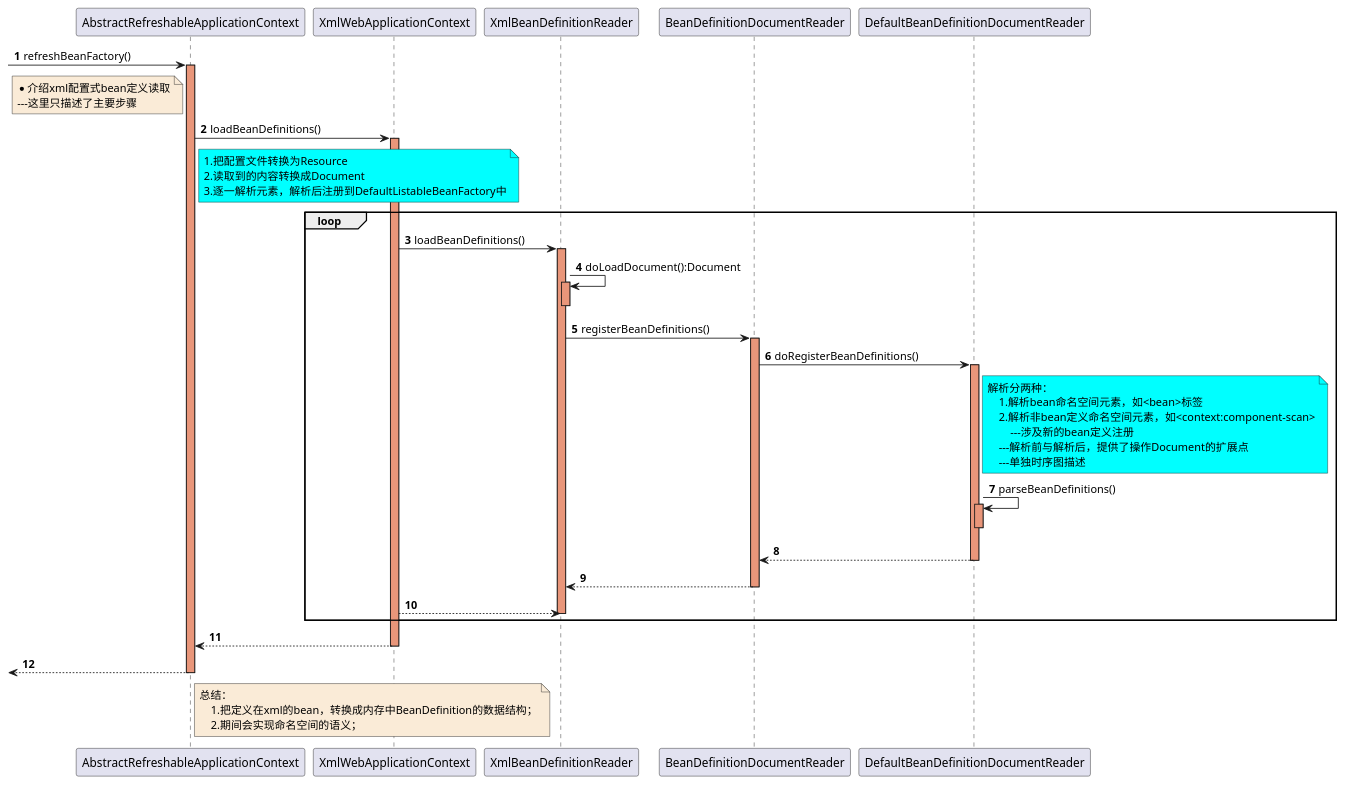
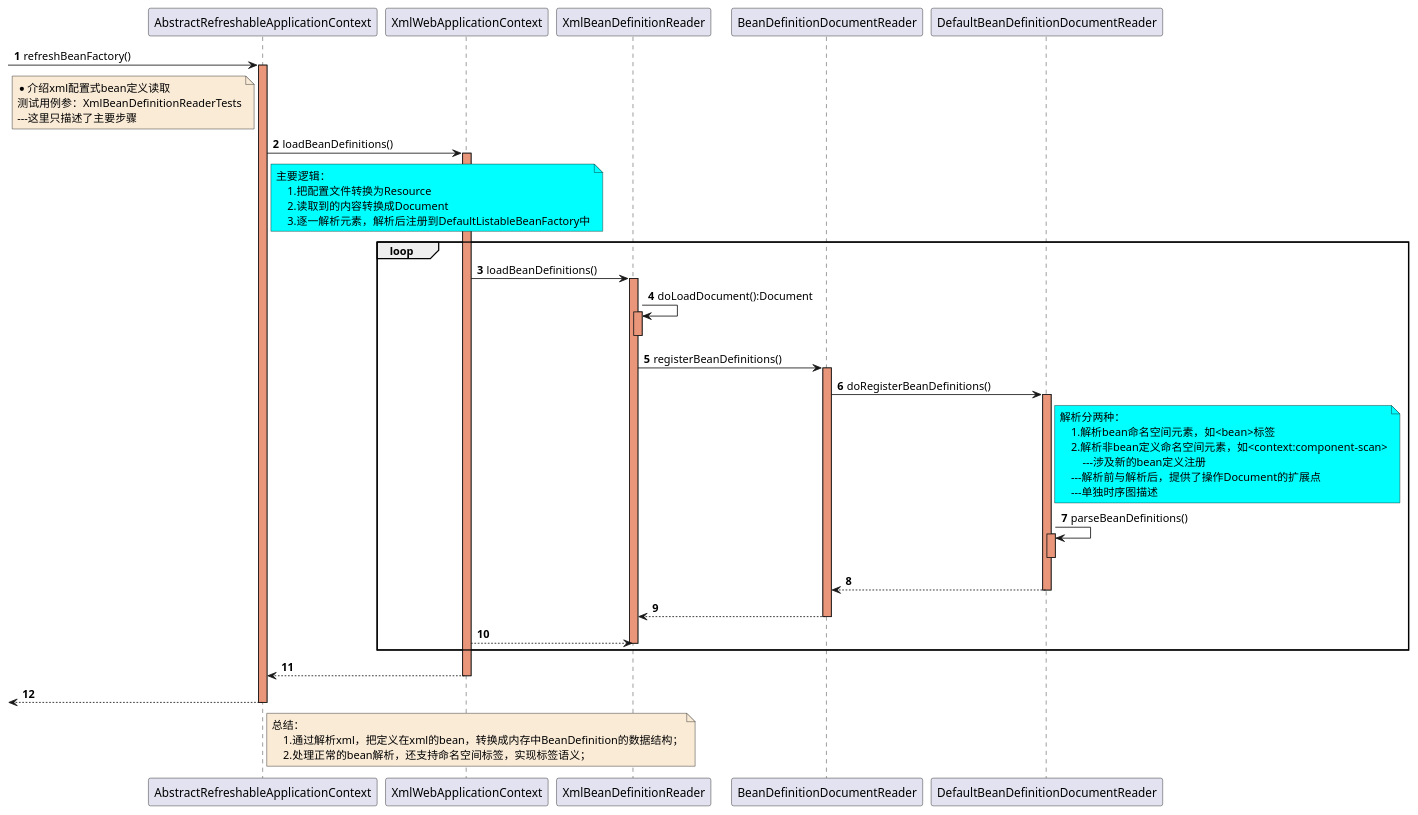
Before and after one commit to czwer/learn-spring-code: the diagram in document/spring/base/sequence/BeanDefinition-Load-0-ByXml-0-AbstractRefreshableApplicationContext_refreshBeanFactory-sequence.puml, drawn with PlantUML. The commit also changed 14 other files, not shown here.

```diff
--- a/document/spring/base/sequence/BeanDefinition-Load-0-ByXml-0-AbstractRefreshableApplicationContext_refreshBeanFactory-sequence.puml
+++ b/document/spring/base/sequence/BeanDefinition-Load-0-ByXml-0-AbstractRefreshableApplicationContext_refreshBeanFactory-sequence.puml
@@ -1,74 +1,76 @@
 @startuml
 
 autonumber
 
 ->AbstractRefreshableApplicationContext : refreshBeanFactory()
     activate AbstractRefreshableApplicationContext #DarkSalmon
 
     note left of AbstractRefreshableApplicationContext #FAEBD7
         *介绍xml配置式bean定义读取
+        测试用例参：XmlBeanDefinitionReaderTests
         ---这里只描述了主要步骤
     end note
 
     AbstractRefreshableApplicationContext -> XmlWebApplicationContext: loadBeanDefinitions()
     activate XmlWebApplicationContext #DarkSalmon
         note right of AbstractRefreshableApplicationContext #aqua
-            1.把配置文件转换为Resource
-            2.读取到的内容转换成Document
-            3.逐一解析元素，解析后注册到DefaultListableBeanFactory中
+            主要逻辑：
+                1.把配置文件转换为Resource
+                2.读取到的内容转换成Document
+                3.逐一解析元素，解析后注册到DefaultListableBeanFactory中
         end note
         loop
 
             XmlWebApplicationContext -> XmlBeanDefinitionReader: loadBeanDefinitions()
             activate XmlBeanDefinitionReader #DarkSalmon
 
                 XmlBeanDefinitionReader -> XmlBeanDefinitionReader: doLoadDocument():Document
                 activate XmlBeanDefinitionReader #DarkSalmon
                 deactivate XmlBeanDefinitionReader
 
                 XmlBeanDefinitionReader -> BeanDefinitionDocumentReader: registerBeanDefinitions()
                 activate BeanDefinitionDocumentReader #DarkSalmon
 
                     BeanDefinitionDocumentReader -> DefaultBeanDefinitionDocumentReader: doRegisterBeanDefinitions()
                     activate DefaultBeanDefinitionDocumentReader #DarkSalmon
                         note right of DefaultBeanDefinitionDocumentReader #aqua
                             解析分两种：
                                 1.解析bean命名空间元素，如<bean>标签
                                 2.解析非bean定义命名空间元素，如<context:component-scan>
                                     ---涉及新的bean定义注册
                                 ---解析前与解析后，提供了操作Document的扩展点
                                 ---单独时序图描述
                         end note
 
                         DefaultBeanDefinitionDocumentReader -> DefaultBeanDefinitionDocumentReader: parseBeanDefinitions()
                         activate DefaultBeanDefinitionDocumentReader #DarkSalmon
                         deactivate DefaultBeanDefinitionDocumentReader
 
                     DefaultBeanDefinitionDocumentReader --> BeanDefinitionDocumentReader
                     deactivate DefaultBeanDefinitionDocumentReader
 
                 BeanDefinitionDocumentReader --> XmlBeanDefinitionReader
                 deactivate BeanDefinitionDocumentReader
 
             XmlBeanDefinitionReader <-- XmlWebApplicationContext
             deactivate XmlBeanDefinitionReader
 
         end
 
     AbstractRefreshableApplicationContext <-- XmlWebApplicationContext
     deactivate XmlWebApplicationContext
 
 
 <--AbstractRefreshableApplicationContext
     deactivate AbstractRefreshableApplicationContext
 
 
 note right of AbstractRefreshableApplicationContext #FAEBD7
     总结：
-        1.把定义在xml的bean，转换成内存中BeanDefinition的数据结构；
-        2.期间会实现命名空间的语义；
+        1.通过解析xml，把定义在xml的bean，转换成内存中BeanDefinition的数据结构；
+        2.处理正常的bean解析，还支持命名空间标签，实现标签语义；
 end note
 
 
 
 @enduml
```
